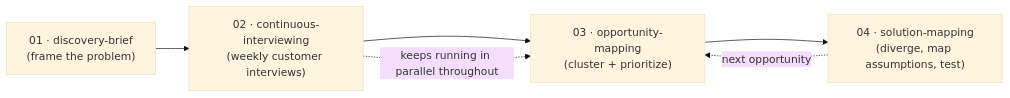
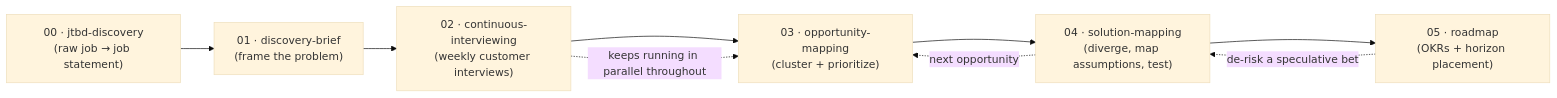
One commit to iowarhodes/skills changed the diagram in README.md. Above: the diagram before and after it, drawn with Mermaid (base theme). The commit also changed other lines of this file and 2 other files, not shown here.

Commit message:
New skills for jtbd and roadmap

````diff
--- a/README.md
+++ b/README.md
@@ -40,8 +40,11 @@
 ```mermaid
 flowchart LR
-    A["01 · discovery-brief\n(frame the problem)"] --> B["02 · continuous-interviewing\n(weekly customer interviews)"]
+    Z["00 · jtbd-discovery\n(raw job → job statement)"] --> A["01 · discovery-brief\n(frame the problem)"]
+    A --> B["02 · continuous-interviewing\n(weekly customer interviews)"]
     B --> C["03 · opportunity-mapping\n(cluster + prioritize)"]
     C --> D["04 · solution-mapping\n(diverge, map assumptions, test)"]
+    D --> E["05 · roadmap\n(OKRs + horizon placement)"]
+    E -. de-risk a speculative bet .-> D
     D -. next opportunity .-> C
     B -. keeps running in parallel throughout .-> C
 ```
````
